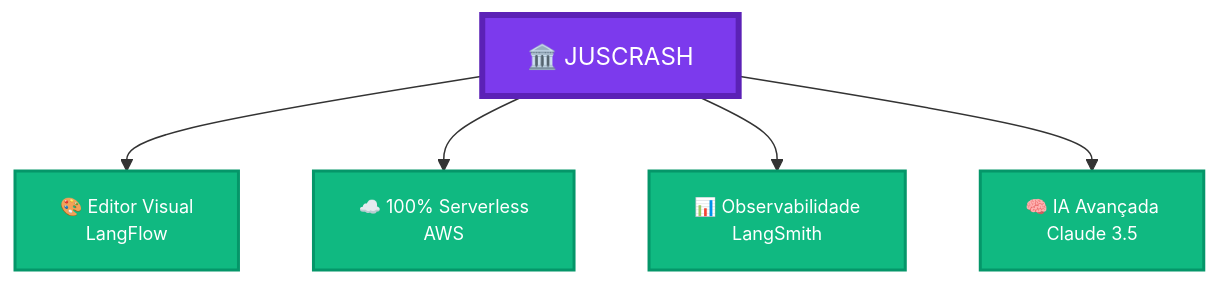
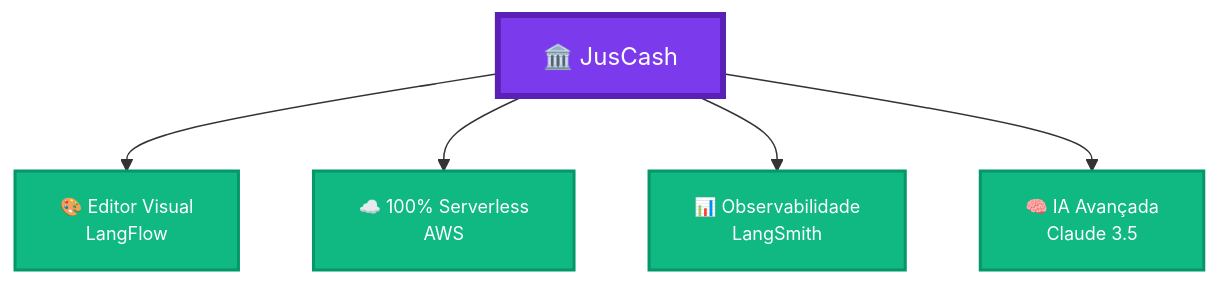
Diagram 11 of 14 in docs/QUICK_REFERENCE.md (jcleitonss/JusCash_IA), drawn with Mermaid before and after one commit. The commit also changed other lines of this file, not shown here.

````diff
--- a/docs/QUICK_REFERENCE.md
+++ b/docs/QUICK_REFERENCE.md
@@ -258,12 +258,12 @@
 ```mermaid
 graph TD
-    JUSCRASH[🏛️ JUSCRASH]:::main
+    JusCash[🏛️ JusCash]:::main
     
-    JUSCRASH --> D1[🎨 Editor Visual<br/>LangFlow]:::diff
-    JUSCRASH --> D2[☁️ 100% Serverless<br/>AWS]:::diff
-    JUSCRASH --> D3[📊 Observabilidade<br/>LangSmith]:::diff
-    JUSCRASH --> D4[🧠 IA Avançada<br/>Claude 3.5]:::diff
+    JusCash --> D1[🎨 Editor Visual<br/>LangFlow]:::diff
+    JusCash --> D2[☁️ 100% Serverless<br/>AWS]:::diff
+    JusCash --> D3[📊 Observabilidade<br/>LangSmith]:::diff
+    JusCash --> D4[🧠 IA Avançada<br/>Claude 3.5]:::diff
     
     classDef main fill:#7C3AED,stroke:#5B21B6,stroke-width:4px,color:#fff,font-size:16px
     classDef diff fill:#10B981,stroke:#059669,stroke-width:2px,color:#fff,font-size:12px
 ```
````
